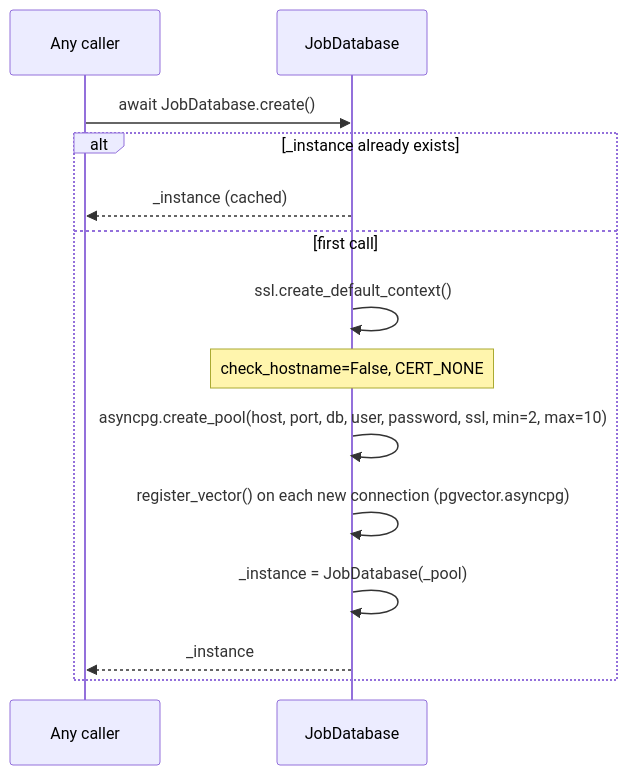
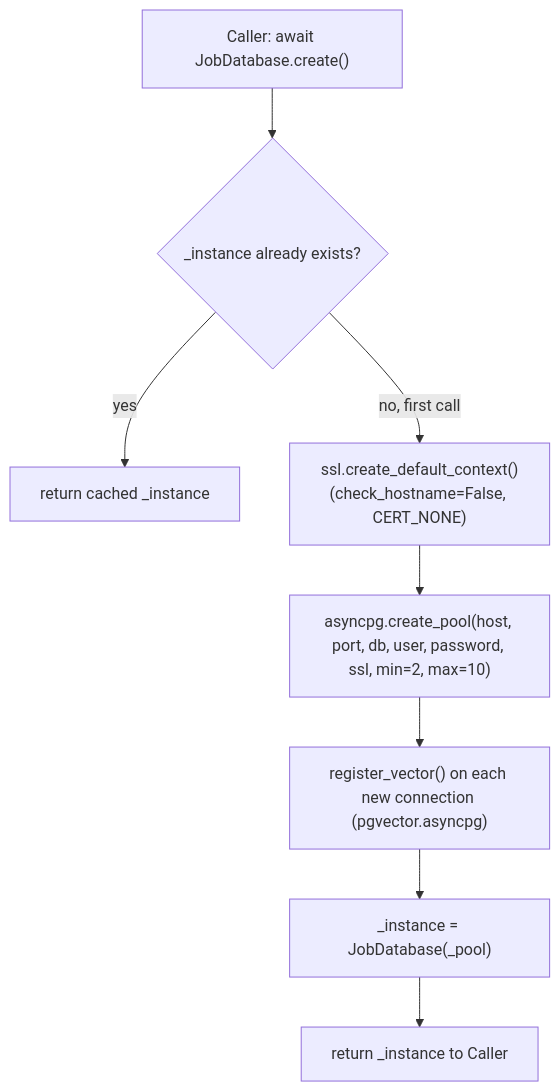
One commit to AustinDwomoh/libra changed the first of 3 diagrams in docs/diagrams/db_seq.md. Above: the diagram before and after it, drawn with Mermaid. The commit also changed other lines of this file and 17 other files, not shown here.

First line of the commit message:
Convert Mermaid sequences to flowcharts

````diff
--- a/docs/diagrams/db_seq.md
+++ b/docs/diagrams/db_seq.md
@@ -1,20 +1,11 @@
 ```mermaid
-%% sequenceDiagram — create() singleton + pool init
-sequenceDiagram
-    participant Caller as Any caller
-    participant DB as JobDatabase
-
-    Caller->>DB: await JobDatabase.create()
-
-    alt _instance already exists
-        DB-->>Caller: _instance (cached)
-    else first call
-        DB->>DB: ssl.create_default_context()
-        Note over DB: check_hostname=False, CERT_NONE
-        DB->>DB: asyncpg.create_pool(host, port, db, user, password, ssl, min=2, max=10)
-        DB->>DB: register_vector() on each new connection (pgvector.asyncpg)
-        DB->>DB: _instance = JobDatabase(_pool)
-        DB-->>Caller: _instance
-    end
-
+%% flowchart — create() singleton + pool init
+flowchart TD
+    A["Caller: await JobDatabase.create()"] --> B{_instance already exists?}
+    B -->|yes| C["return cached _instance"]
+    B -->|no, first call| D["ssl.create_default_context()<br/>(check_hostname=False, CERT_NONE)"]
+    D --> E["asyncpg.create_pool(host, port, db, user, password, ssl, min=2, max=10)"]
+    E --> F["register_vector() on each new connection (pgvector.asyncpg)"]
+    F --> G["_instance = JobDatabase(_pool)"]
+    G --> H[return _instance to Caller]
 ```
````
